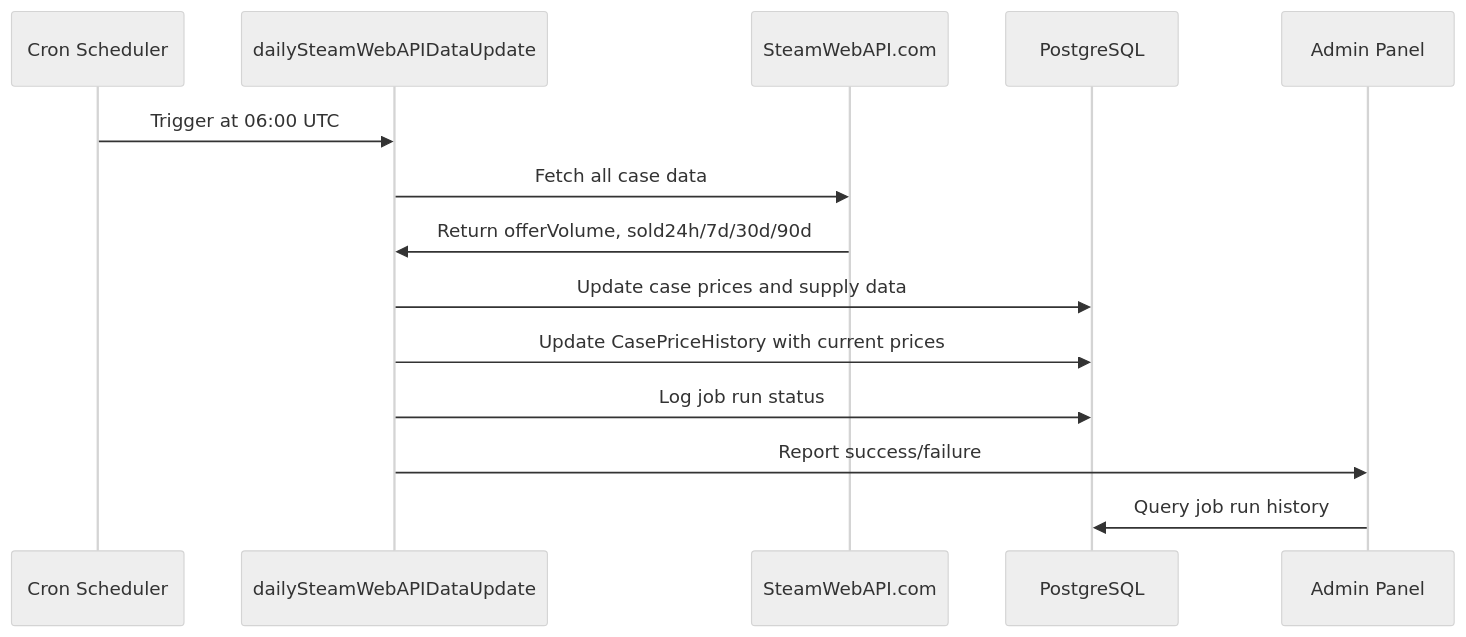
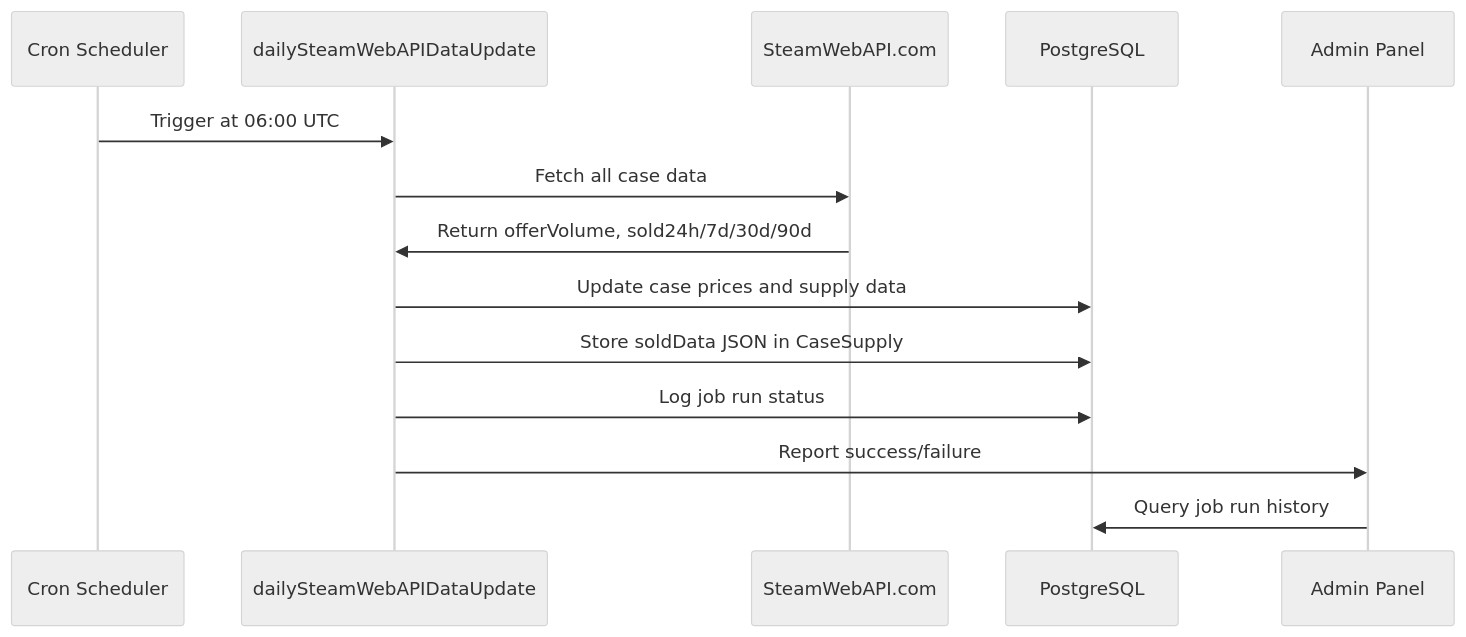
One commit to arrijr/cs2-skintracker changed the fourth of 5 diagrams in docs/ARCHITECTURE.md. Above: the diagram before and after it, drawn with Mermaid (neutral theme). The commit also changed other lines of this file and 1 other file, not shown here.

````diff
--- a/docs/ARCHITECTURE.md
+++ b/docs/ARCHITECTURE.md
@@ -110,17 +124,17 @@
 ```mermaid
 sequenceDiagram
     participant Cron as Cron Scheduler
     participant Job as dailySteamWebAPIDataUpdate
     participant API as SteamWebAPI.com
     participant DB as PostgreSQL
     participant Admin as Admin Panel
     
     Cron->>Job: Trigger at 06:00 UTC
     Job->>API: Fetch all case data
     API->>Job: Return offerVolume, sold24h/7d/30d/90d
-           Job->>DB: Update case prices and supply data
-           Job->>DB: Update CasePriceHistory with current prices
-           Job->>DB: Log job run status
-           Job->>Admin: Report success/failure
-           Admin->>DB: Query job run history
+    Job->>DB: Update case prices and supply data
+    Job->>DB: Store soldData JSON in CaseSupply
+    Job->>DB: Log job run status
+    Job->>Admin: Report success/failure
+    Admin->>DB: Query job run history
 ```
````
